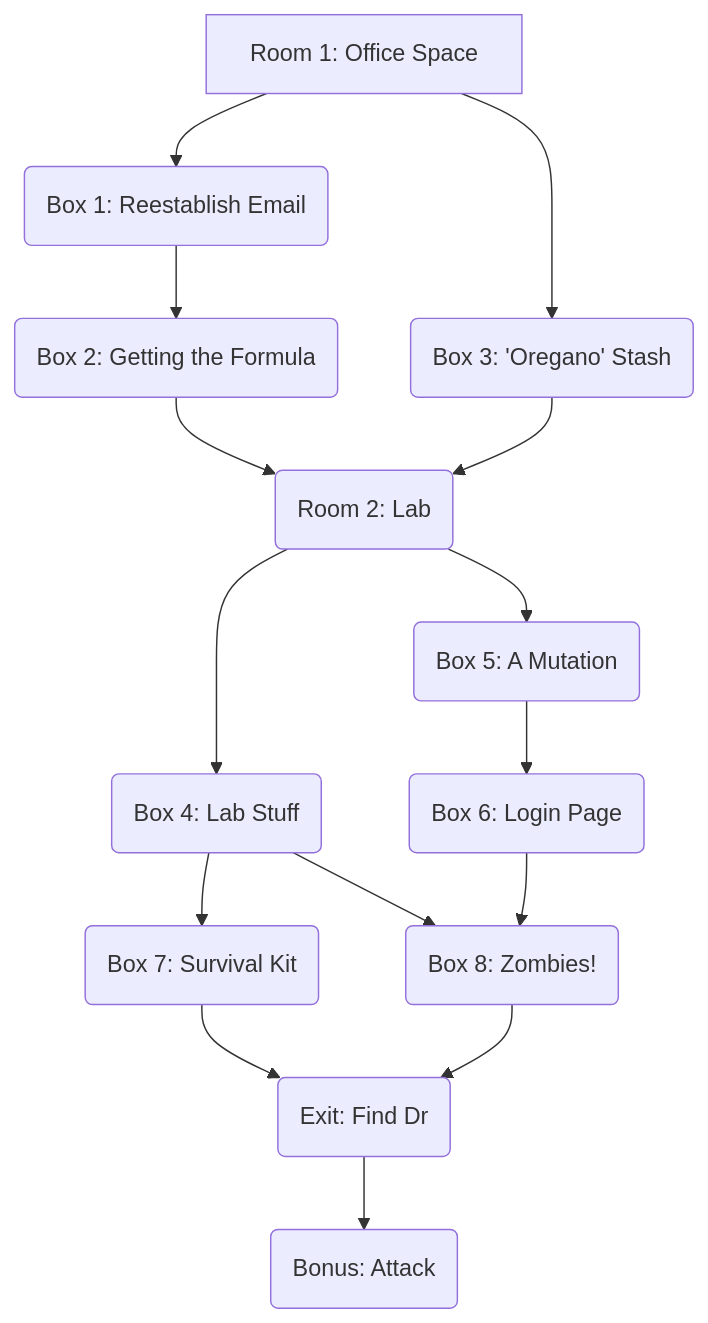
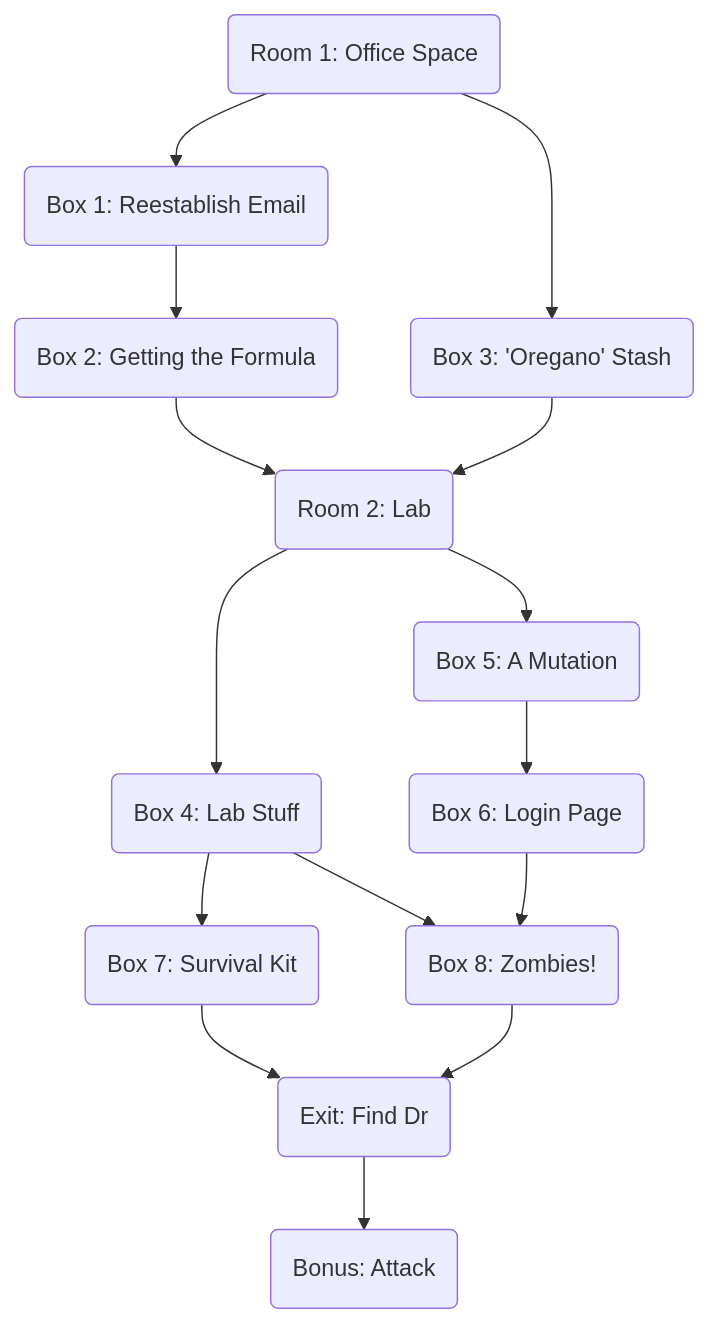
One commit to open-sesame-escape/open-sesame-escape.github.io changed the diagram in content/rooms/virus/index.md. Above: the diagram before and after it, drawn with Mermaid. The commit also changed 1 other file, not shown here.

Commit message:
Ghost chasers first room

```diff
--- a/content/rooms/virus/index.md
+++ b/content/rooms/virus/index.md
@@ -402,15 +402,15 @@
 {{< mermaid align="center" >}}
 graph TB;
-  R1[Room 1: Office Space] --> B1 & B3
+  R1(Room 1: Office Space) --> B1 & B3
   B1(Box 1: Reestablish Email) --> B2
   B2(Box 2: Getting the Formula) --> R2
   B3(Box 3: 'Oregano' Stash) --> R2
   R2(Room 2: Lab) --> B4 & B5
   B4(Box 4: Lab Stuff) --> B7 & B8
   B5(Box 5: A Mutation) --> B6
   B6(Box 6: Login Page) --> B8
   B7(Box 7: Survival Kit) --> E
   B8(Box 8: Zombies!) --> E
   E(Exit: Find Dr) --> Bonus
   Bonus(Bonus: Attack)
 {{< /mermaid >}}
```
